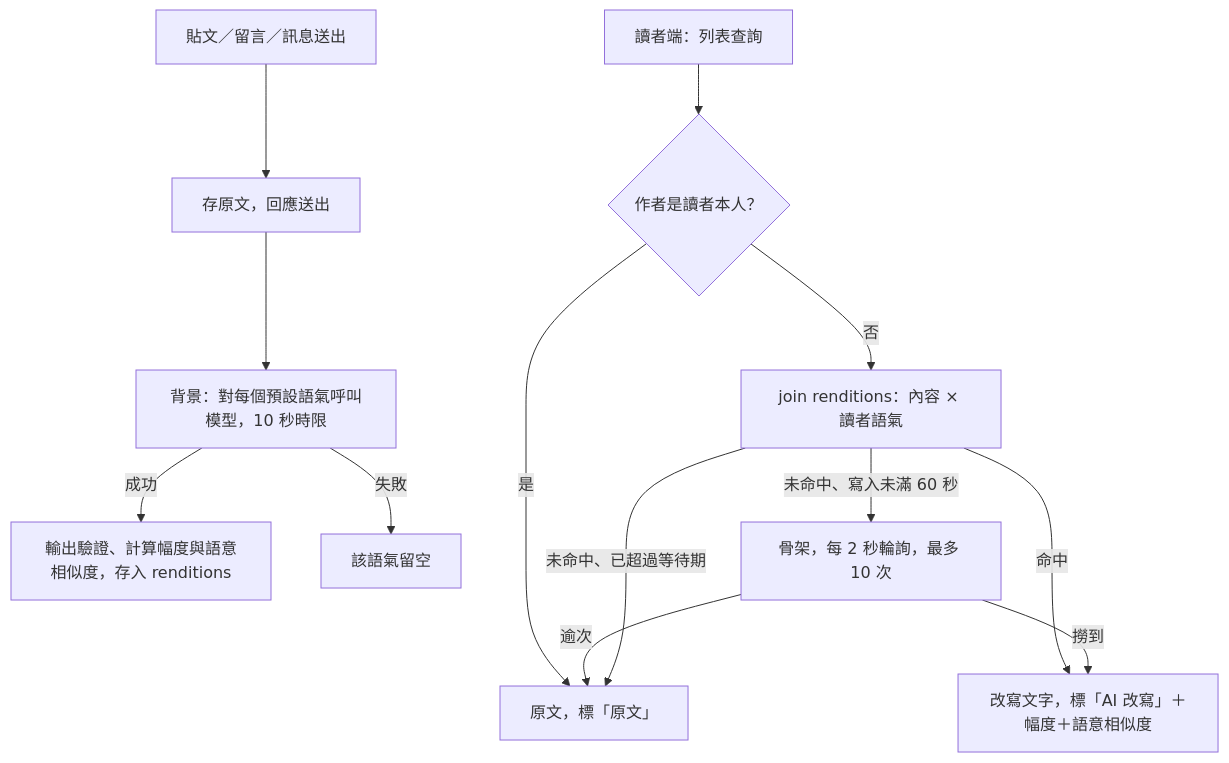
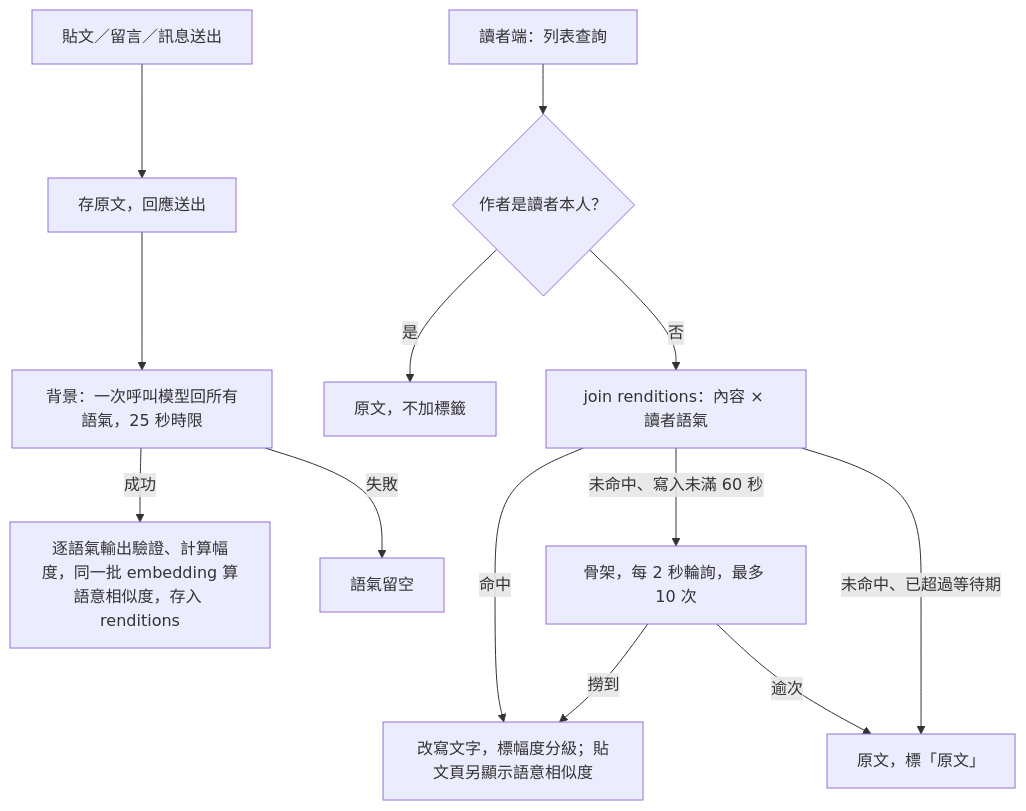
One commit to yeeway0609/ai-social changed the diagram in backlog/docs/ai-social/doc-002 - 語氣改寫引擎-PRD.md. Above: the diagram before and after it, drawn with Mermaid. The commit also changed other lines of this file and 50 other files, not shown here.

````diff
--- a/backlog/docs/ai-social/doc-002 - 語氣改寫引擎-PRD.md
+++ b/backlog/docs/ai-social/doc-002 - 語氣改寫引擎-PRD.md
@@ -88,15 +88,15 @@
 ```mermaid
 flowchart TD
   W[貼文／留言／訊息送出] --> S[存原文，回應送出]
-  S --> P[背景：對每個預設語氣呼叫模型，10 秒時限]
-  P -- 成功 --> Q[輸出驗證、計算幅度與語意相似度，存入 renditions]
-  P -- 失敗 --> X[該語氣留空]
+  S --> P[背景：一次呼叫模型回所有語氣，25 秒時限]
+  P -- 成功 --> Q[逐語氣輸出驗證、計算幅度，同一批 embedding 算語意相似度，存入 renditions]
+  P -- 失敗 --> X[語氣留空]
   A[讀者端：列表查詢] --> B{作者是讀者本人？}
-  B -- 是 --> Z[原文，標「原文」]
+  B -- 是 --> Y[原文，不加標籤]
   B -- 否 --> C[join renditions：內容 × 讀者語氣]
-  C -- 命中 --> H[改寫文字，標「AI 改寫」＋幅度＋語意相似度]
+  C -- 命中 --> H[改寫文字，標幅度分級；貼文頁另顯示語意相似度]
   C -- 未命中、寫入未滿 60 秒 --> D[骨架，每 2 秒輪詢，最多 10 次]
   D -- 撈到 --> H
-  D -- 逾次 --> Z
+  D -- 逾次 --> Z[原文，標「原文」]
   C -- 未命中、已超過等待期 --> Z
 ```
````
